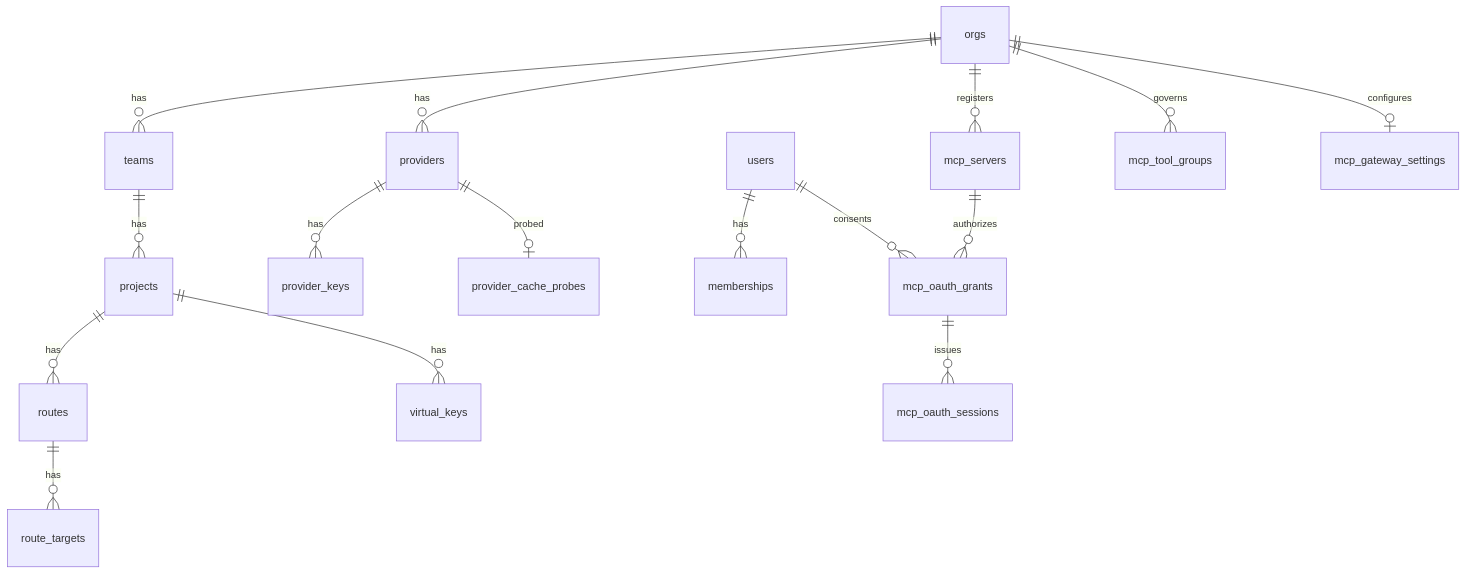
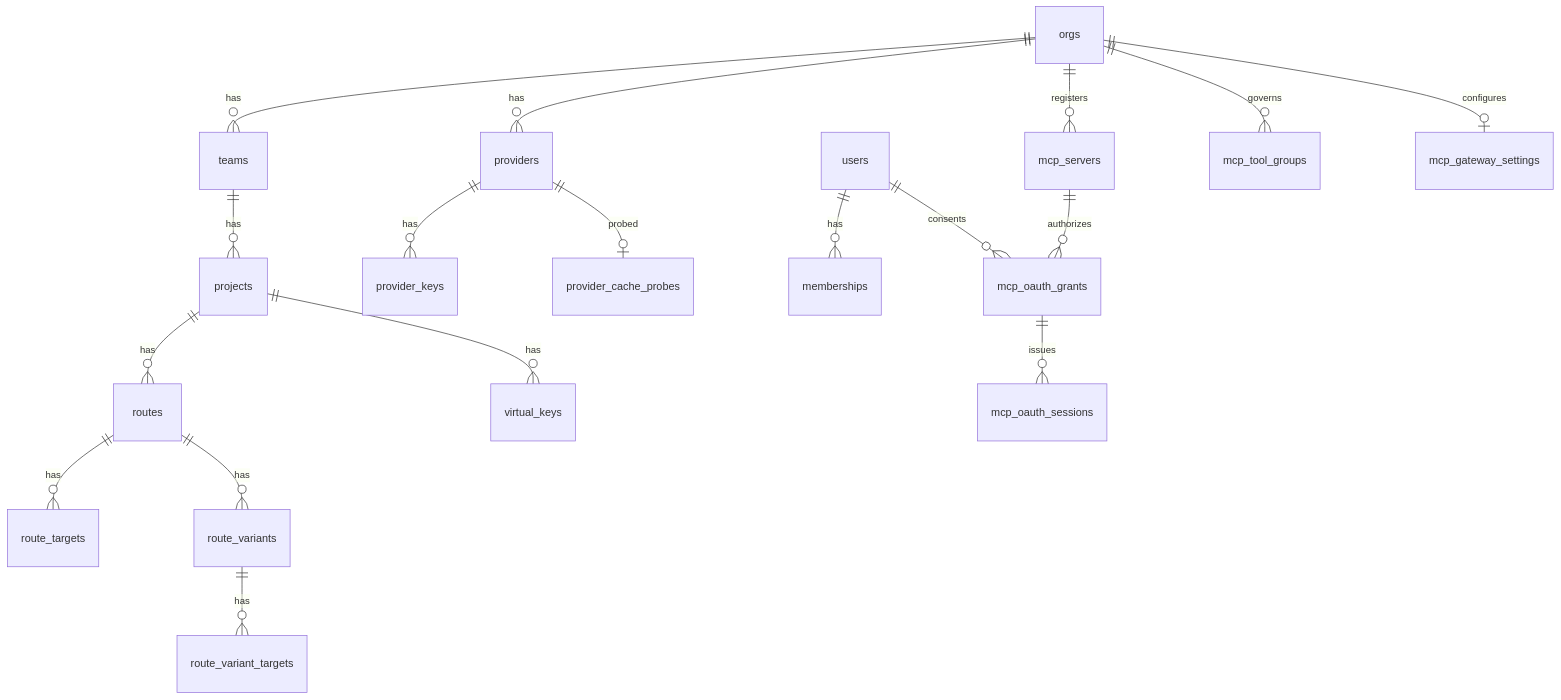
The diagram in docs/dev-docs/architecture/data-model.md (rolter-ai/rolter), drawn with Mermaid before and after one commit. The commit also changed other lines of this file and 28 other files, not shown here.

First line of the commit message:
feat(store): database-backed route variants and the dashboard variant editor [#391] (#3363)

````diff
--- a/docs/dev-docs/architecture/data-model.md
+++ b/docs/dev-docs/architecture/data-model.md
@@ -7,18 +7,20 @@
 ```mermaid
 erDiagram
   orgs ||--o{ teams : has
   teams ||--o{ projects : has
   projects ||--o{ routes : has
   routes ||--o{ route_targets : has
+  routes ||--o{ route_variants : has
+  route_variants ||--o{ route_variant_targets : has
   projects ||--o{ virtual_keys : has
   orgs ||--o{ providers : has
   providers ||--o{ provider_keys : has
   providers ||--o| provider_cache_probes : probed
   users ||--o{ memberships : has
   orgs ||--o{ mcp_servers : registers
   users ||--o{ mcp_oauth_grants : consents
   mcp_servers ||--o{ mcp_oauth_grants : authorizes
   orgs ||--o{ mcp_tool_groups : governs
   orgs ||--o| mcp_gateway_settings : configures
   mcp_oauth_grants ||--o{ mcp_oauth_sessions : issues
 ```
````
